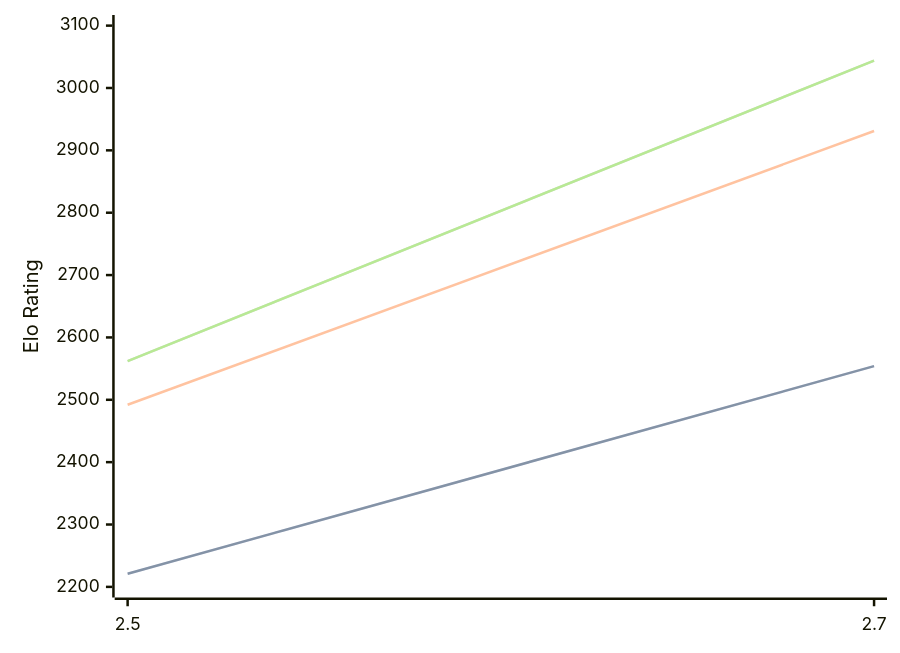
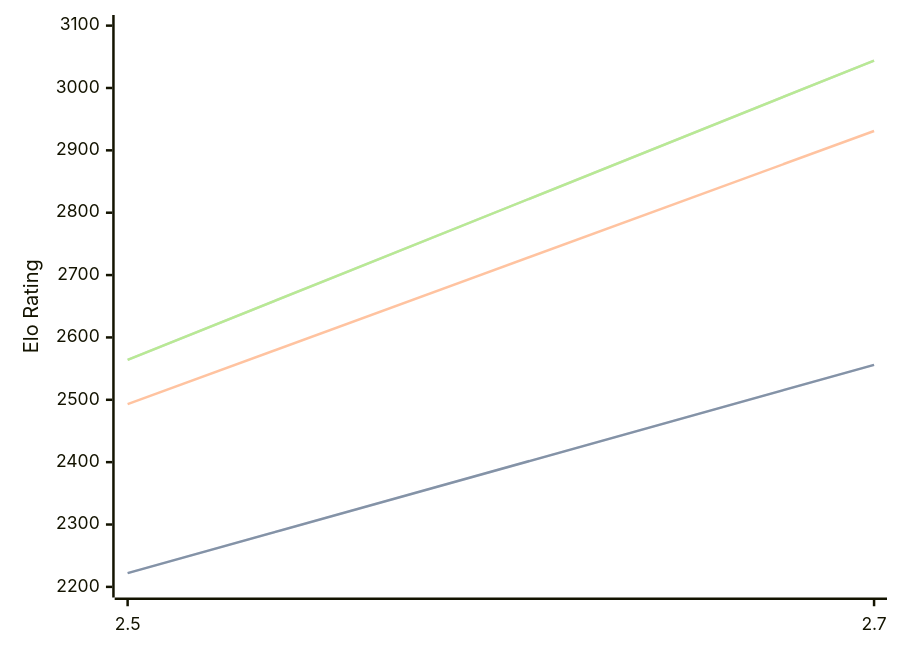
The diagram in engines/Zevra.md (computer-chess-index/cci), drawn with Mermaid before and after one commit. The commit also changed other lines of this file, not shown here.

Commit message:
Update CCI Ratings (ELO VLTC) - 2026-09-07

````diff
--- a/engines/Zevra.md
+++ b/engines/Zevra.md
@@ -32,11 +32,11 @@
 ```mermaid
 %%{init: {"theme":"base","themeVariables":{"seriesColors:['#a3a3a3','#222221','#faa371']}}}%%
 xychart-beta
   x-axis ["2.5", "2.7"]
   y-axis "Elo Rating" 2200 --> 3100
-  line "" [2221, 2554]
-  line "STC (8.0+0.08s)" [2221, 2554]
-  line "LTC (60.0+0.60s)" [2492, 2931]
-  line "" [2562, 3044]
-  line "VLTC (2m24s+1.12s)" [2562, 3044]
+  line "" [2222, 2556]
+  line "STC (8.0+0.08s)" [2222, 2556]
+  line "LTC (60.0+0.60s)" [2493, 2931]
+  line "" [2564, 3044]
+  line "VLTC (2m24s+1.12s)" [2564, 3044]
 ```
````
